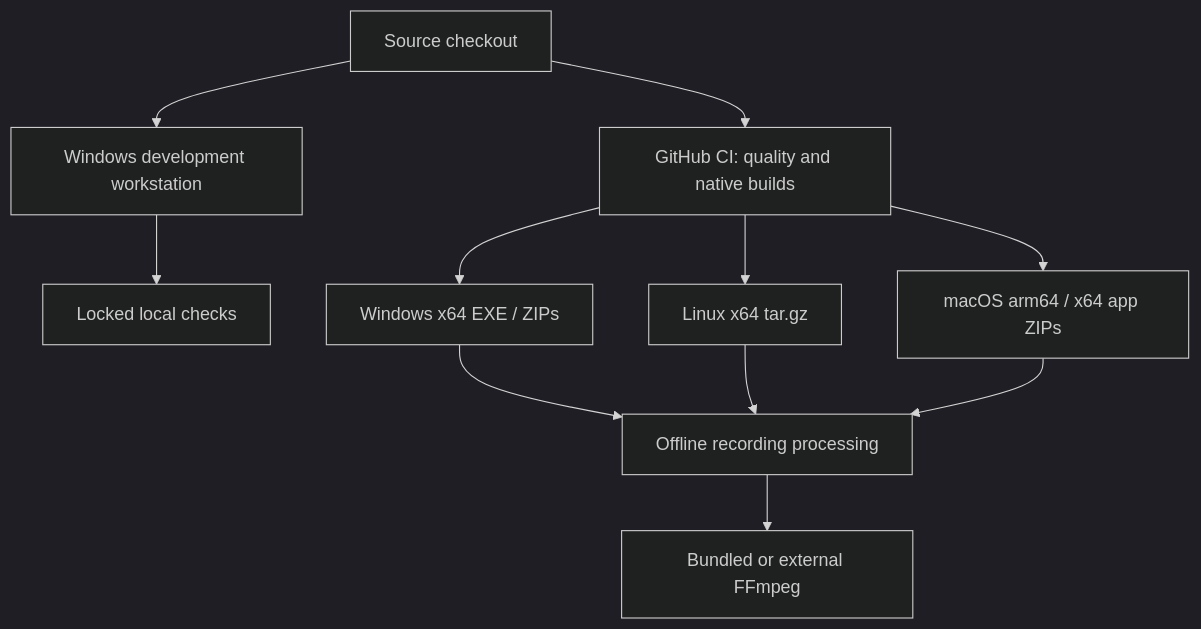
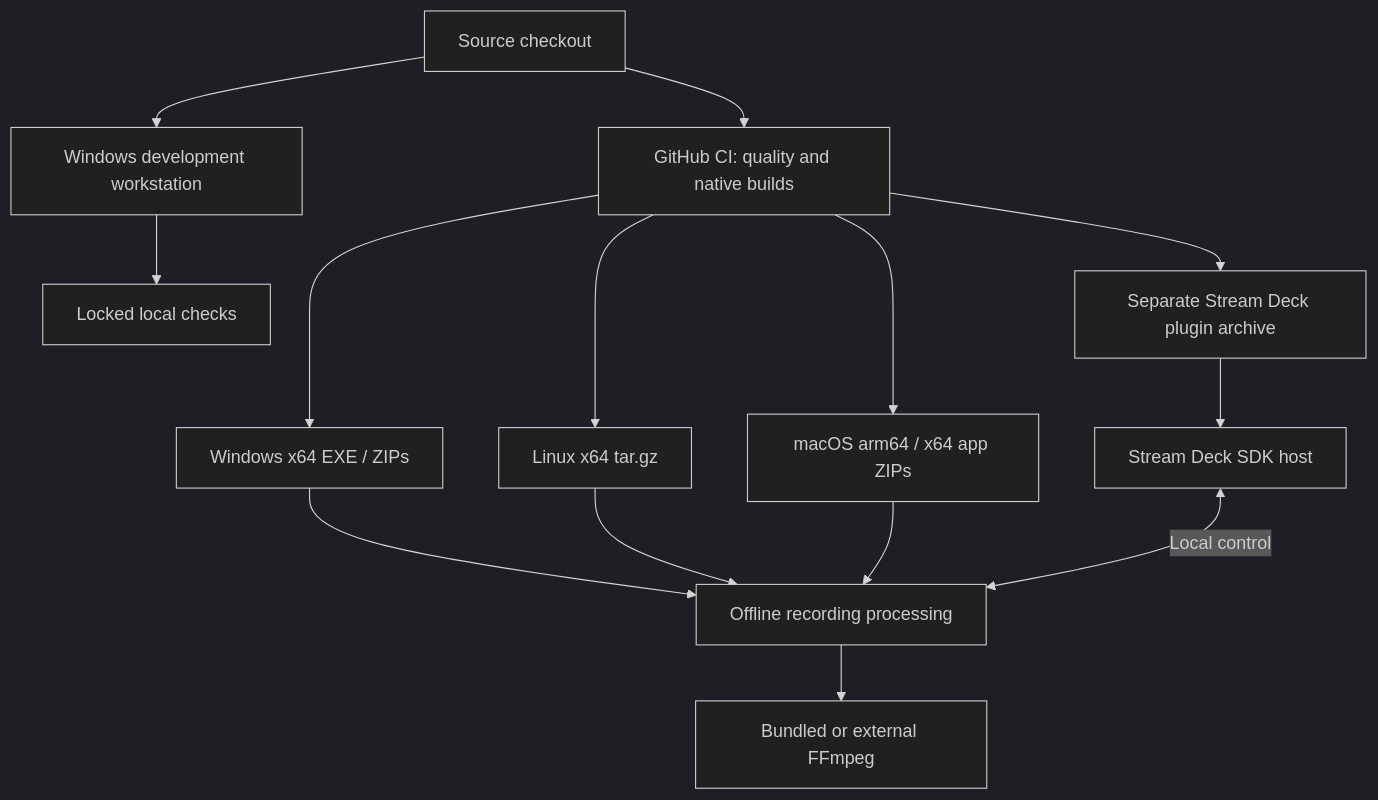
The diagram in docs/architecture/07_deployment_view.md (rudnerbjoern/ride-forces-analyzer), drawn with Mermaid (dark theme) before and after one commit. The commit also changed other lines of this file and 45 other files, not shown here.

````diff
--- a/docs/architecture/07_deployment_view.md
+++ b/docs/architecture/07_deployment_view.md
@@ -7,13 +7,16 @@
 ```mermaid
 flowchart TB
     Source["Source checkout"] --> Windows["Windows development workstation"]
     Windows --> Quality["Locked local checks"]
     Source --> CI["GitHub CI: quality and native builds"]
     CI --> Win["Windows x64 EXE / ZIPs"]
     CI --> Linux["Linux x64 tar.gz"]
     CI --> Mac["macOS arm64 / x64 app ZIPs"]
+    CI --> Plugin["Separate Stream Deck plugin archive"]
     Win --> Local["Offline recording processing"]
     Linux --> Local
     Mac --> Local
+    Plugin --> Host["Stream Deck SDK host"]
+    Host <-->|Local control| Local
     Local --> FFmpeg["Bundled or external FFmpeg"]
 ```
````
